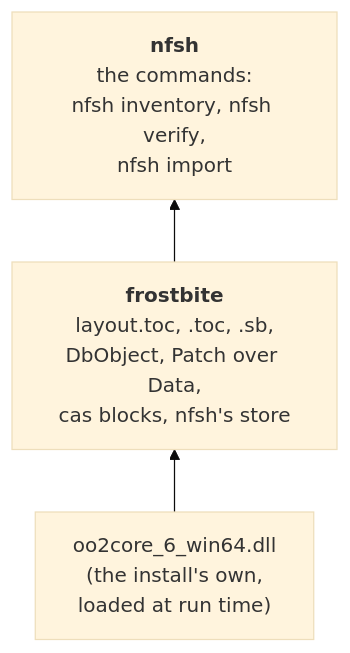
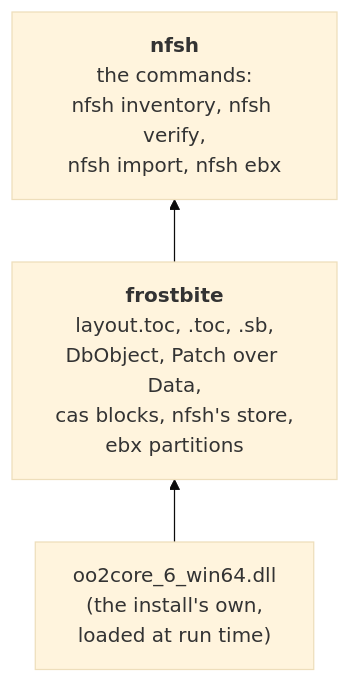
Before and after one commit to cmprssd/nfsh: the second of 4 diagrams in docs/OVERVIEW.md, drawn with Mermaid (base theme). The commit also changed other lines of this file and 13 other files, not shown here.

````diff
--- a/docs/OVERVIEW.md
+++ b/docs/OVERVIEW.md
@@ -60,8 +60,8 @@
 ```mermaid
 flowchart BT
-    fb["<b>frostbite</b><br/>layout.toc, .toc, .sb,<br/>DbObject, Patch over Data,<br/>cas blocks, nfsh's store"]
+    fb["<b>frostbite</b><br/>layout.toc, .toc, .sb,<br/>DbObject, Patch over Data,<br/>cas blocks, nfsh's store,<br/>ebx partitions"]
     oo["oo2core_6_win64.dll<br/>(the install's own,<br/>loaded at run time)"]
-    app["<b>nfsh</b><br/>the commands:<br/>nfsh inventory, nfsh verify,<br/>nfsh import"]
+    app["<b>nfsh</b><br/>the commands:<br/>nfsh inventory, nfsh verify,<br/>nfsh import, nfsh ebx"]
     oo --> fb
     fb --> app
 ```
````
